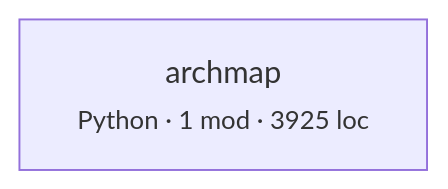
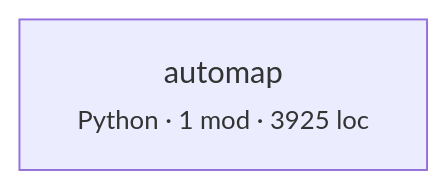
The first of 2 diagrams in ARCHITECTURE.md (fabiocicerchia/automap), drawn with Mermaid before and after one commit. The commit also changed other lines of this file and 10 other files, not shown here.

First line of the commit message:
Rename archmap to automap

````diff
--- a/ARCHITECTURE.md
+++ b/ARCHITECTURE.md
@@ -281,4 +281,4 @@
 ```mermaid
 graph LR
-  archmap["archmap<br/><small>Python · 1 mod · 3925 loc</small>"]
+  automap["automap<br/><small>Python · 1 mod · 3925 loc</small>"]
 ```
````
